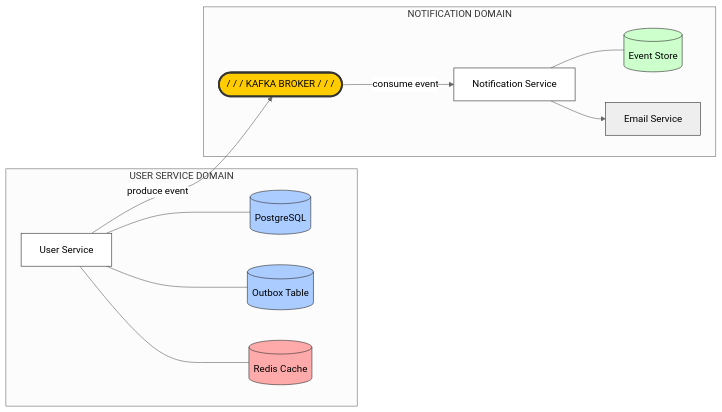
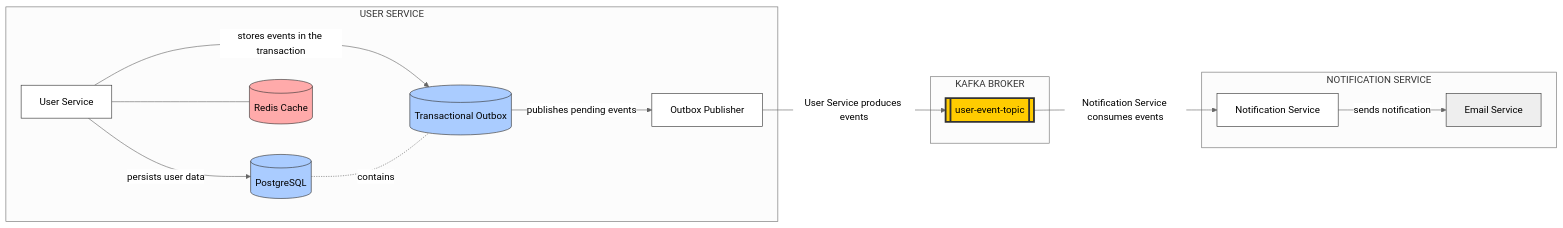
Before and after one commit to RichardKovacik/multi-module-service: the first of 2 diagrams in README.md, drawn with Mermaid (neutral theme).

Commit message:
Updated readme architecture diagram

````diff
--- a/README.md
+++ b/README.md
@@ -29,27 +29,34 @@
 ```mermaid
 graph LR
-    subgraph USD [USER SERVICE DOMAIN]
+    subgraph USD [USER SERVICE]
         US[User Service]:::white
         DB[(PostgreSQL)]:::blue
-        OB[(Outbox Table)]:::blue
+        OB[(Transactional Outbox)]:::blue
+        PUB[Outbox Publisher]:::white
         RD[(Redis Cache)]:::red
-        US --- DB
-        US --- OB
+        US -->|persists user data| DB
+        US -->|stores events in the transaction| OB
+        DB -. contains .- OB
+        OB -->|publishes pending events| PUB
         US --- RD
     end
 
-    US -- "produce event" --> K([ / / / KAFKA BROKER / / / ]):::yellow
+    subgraph KD [KAFKA BROKER]
+        TOPIC[["user-event-topic"]]:::yellow
+    end
 
-    subgraph ND [NOTIFICATION DOMAIN]
-        K -- "consume event" --> NS[Notification Service]:::white
-        NS --- E[(Event Store)]:::green
-        NS --> ES[Email Service]:::gray
+    PUB -->|User Service produces events| TOPIC
+
+    subgraph ND [NOTIFICATION SERVICE]
+        NS[Notification Service]:::white
+        NS -->|sends notification| ES[Email Service]:::gray
     end
+
+    TOPIC -->|Notification Service consumes events| NS
 
     classDef white fill:#fff,stroke:#333,color:#000
     classDef blue fill:#aaccff,stroke:#333,color:#000
     classDef red fill:#ffaaaa,stroke:#333,color:#000
     classDef yellow fill:#ffcc00,stroke:#333,color:#000,stroke-width:3px
-    classDef green fill:#ccffcc,stroke:#333,color:#000
     classDef gray fill:#eeeeee,stroke:#333,color:#000
 ```
````
